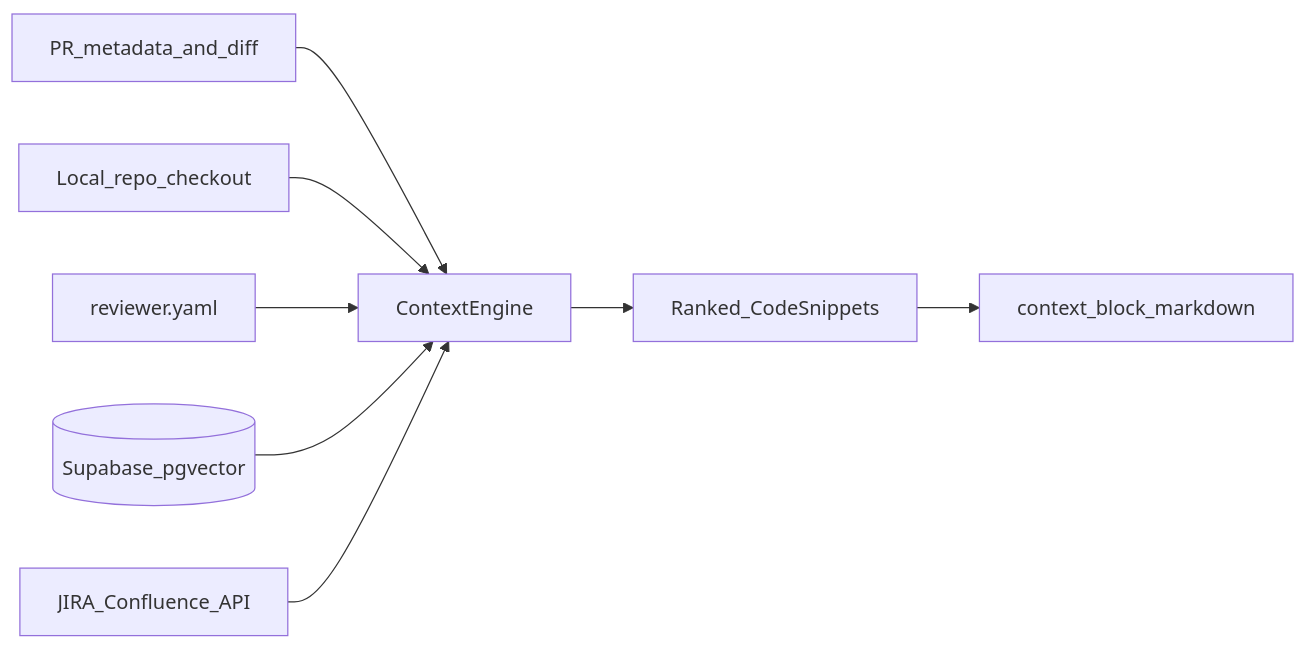
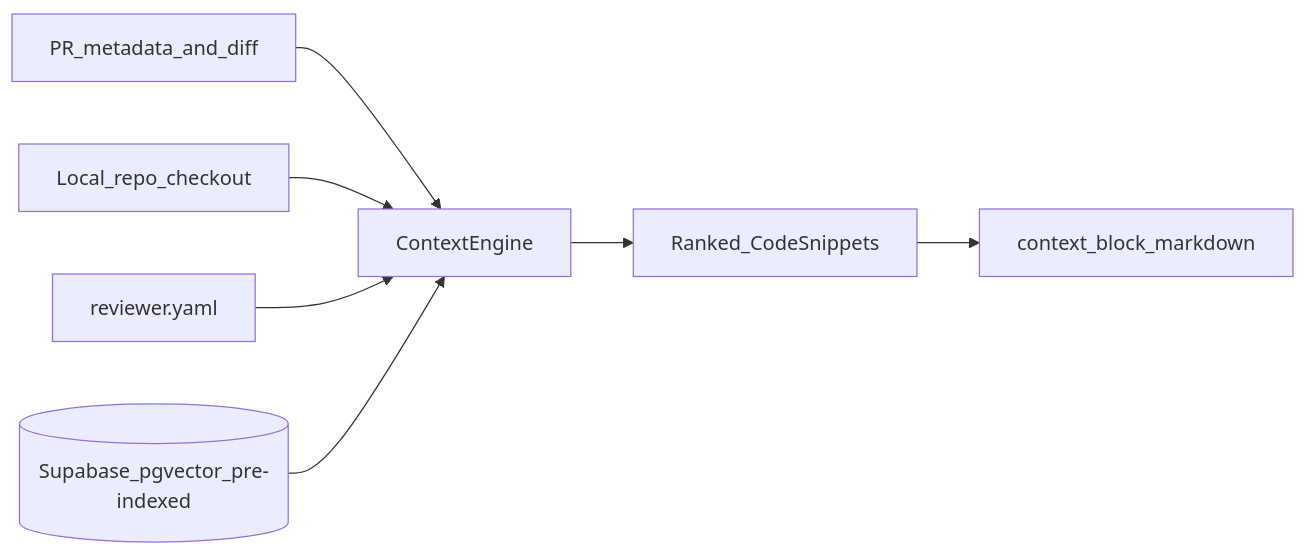
Before and after one commit to cipheraxat/codereviewer_agent: the third of 4 diagrams in README.md, drawn with Mermaid. The commit also changed other lines of this file and 1 other file, not shown here.

````diff
--- a/README.md
+++ b/README.md
@@ -173,10 +167,9 @@
 ```mermaid
 flowchart LR
   pr[PR_metadata_and_diff] --> engine[ContextEngine]
   repo[Local_repo_checkout] --> engine
   yaml[reviewer.yaml] --> engine
-  supa[(Supabase_pgvector)] --> engine
-  atlassian[JIRA_Confluence_API] --> engine
+  supa[(Supabase_pgvector_pre-indexed)] --> engine
   engine --> snippets[Ranked_CodeSnippets]
   snippets --> block[context_block_markdown]
 ```
````
